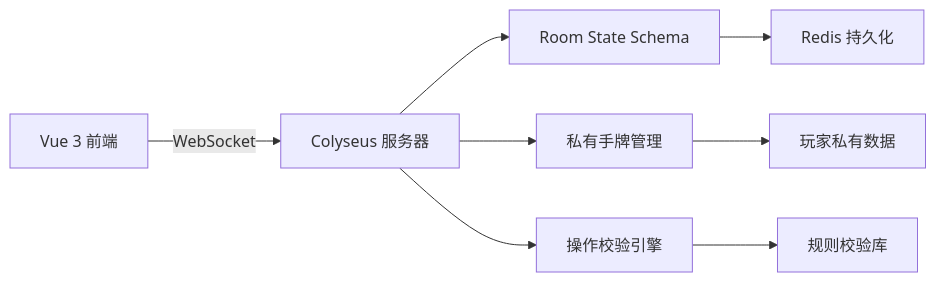
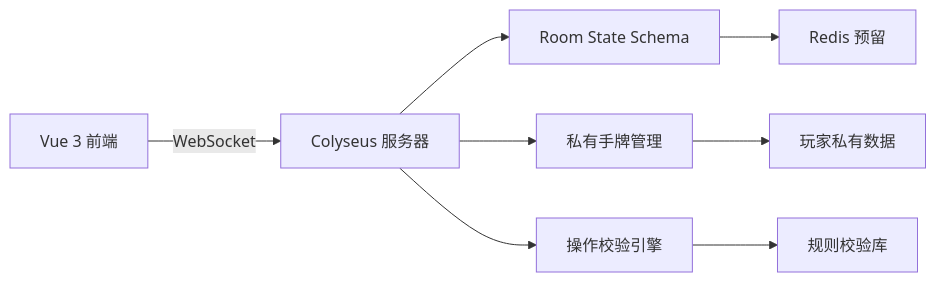
The second of 2 diagrams in docs/SRS_v4.0.md (lin594/sise), drawn with Mermaid before and after one commit. The commit also changed other lines of this file and 8 other files, not shown here.

````diff
--- a/docs/SRS_v4.0.md
+++ b/docs/SRS_v4.0.md
@@ -166,10 +180,10 @@
 ```mermaid
 flowchart LR
     A[Vue 3 前端] -->|WebSocket| B[Colyseus 服务器]
     B --> C[Room State Schema]
     B --> D[私有手牌管理]
     B --> E[操作校验引擎]
-    C --> F[Redis 持久化]
+    C --> F[Redis 预留]
     D --> G[玩家私有数据]
     E --> H[规则校验库]
 ```
````
